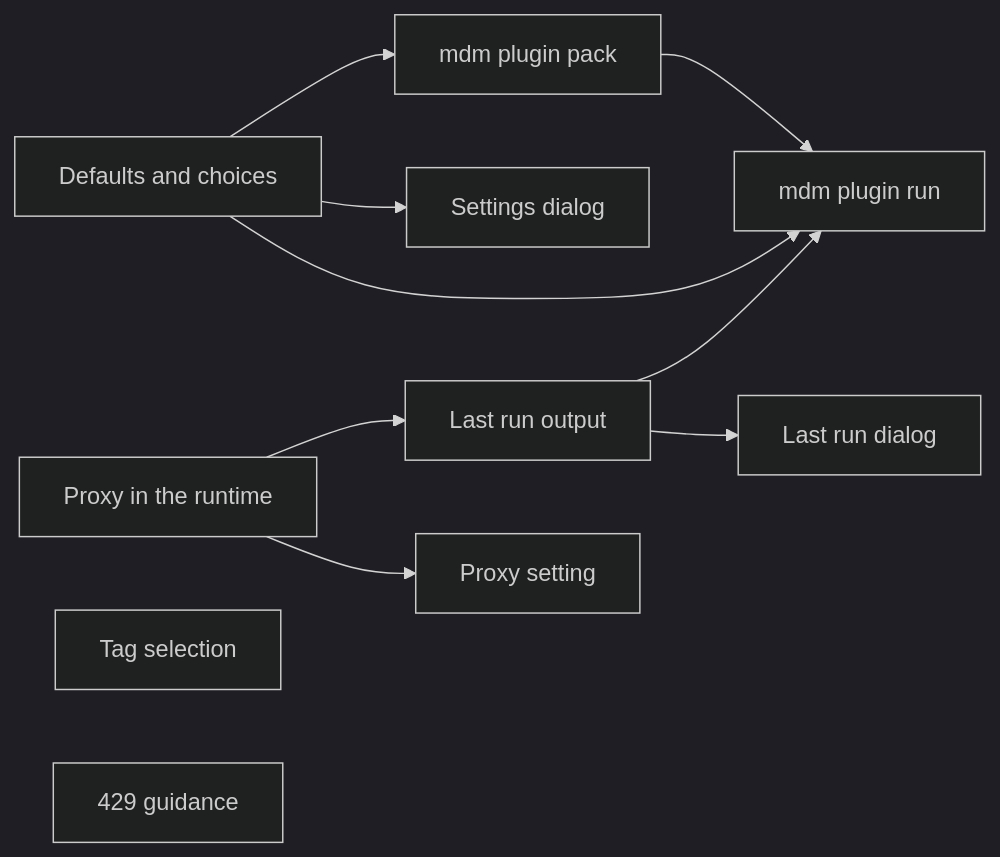
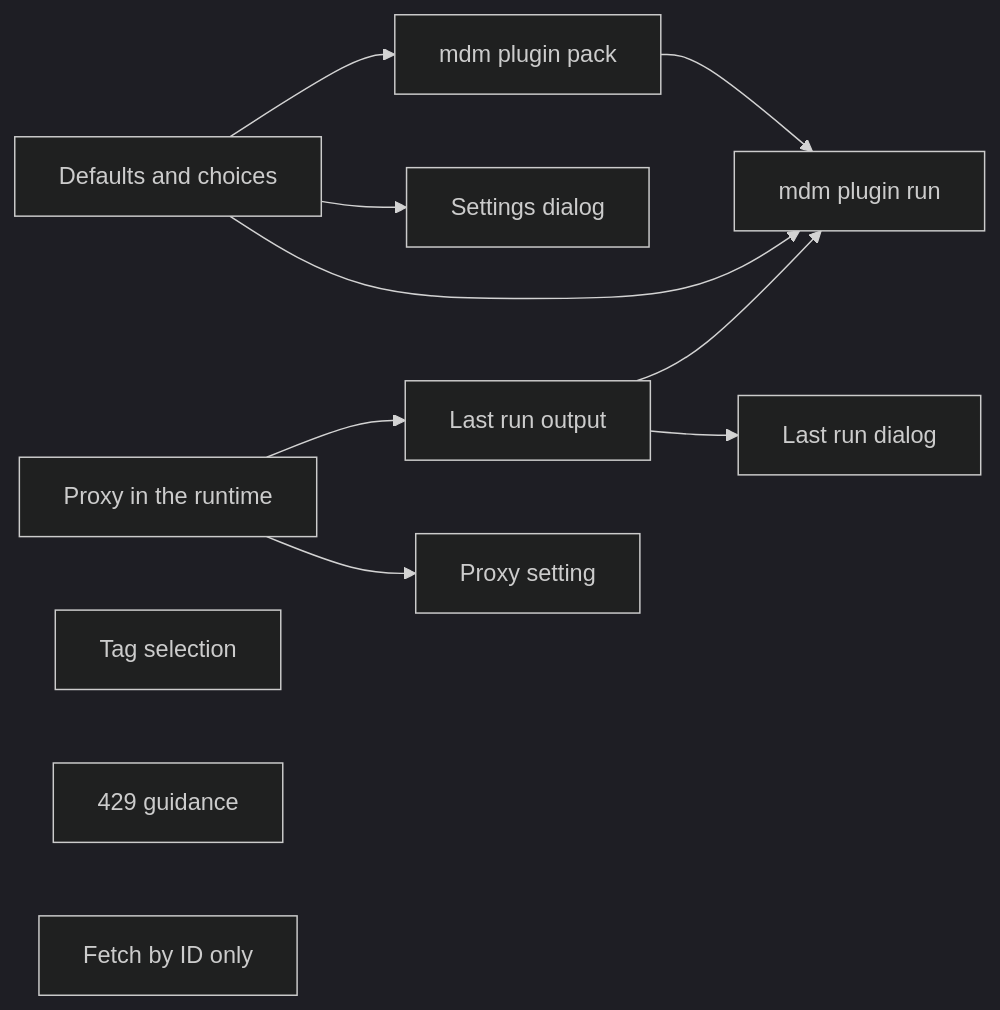
One commit to syudead/vv changed the second of 2 diagrams in specs/056-plugin-tooling/plan.md. Above: the diagram before and after it, drawn with Mermaid (dark theme). The commit also changed other lines of this file and 62 other files, not shown here.

First line of the commit message:
feat(work-info-plugins): fetch work information by a work ID only

````diff
--- a/specs/056-plugin-tooling/plan.md
+++ b/specs/056-plugin-tooling/plan.md
@@ -171,13 +179,14 @@
 ```mermaid
 flowchart LR
   defaults[Defaults and choices] --> pack[mdm plugin pack]
   defaults --> dialog[Settings dialog]
   proxyrt[Proxy in the runtime] --> stderr[Last run output]
   proxyrt --> proxyui[Proxy setting]
   stderr --> run[mdm plugin run]
   defaults --> run
   pack --> run
   stderr --> runui[Last run dialog]
   tags[Tag selection]
   guide[429 guidance]
+  byid[Fetch by ID only]
 ```
````
